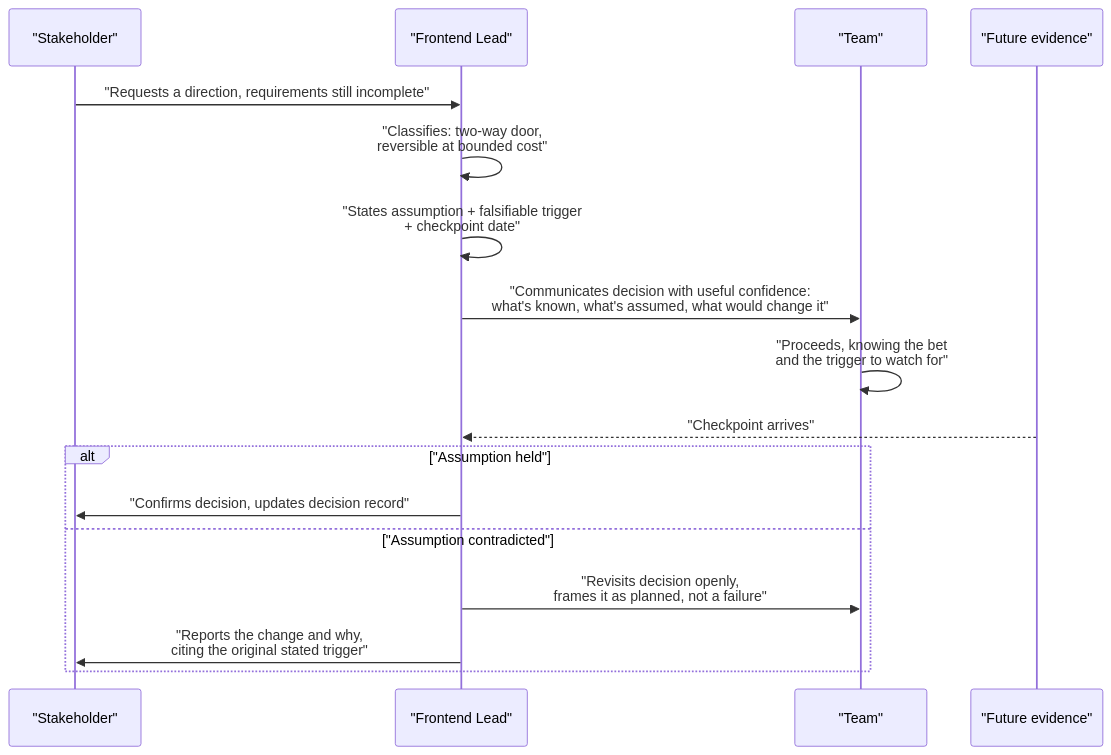
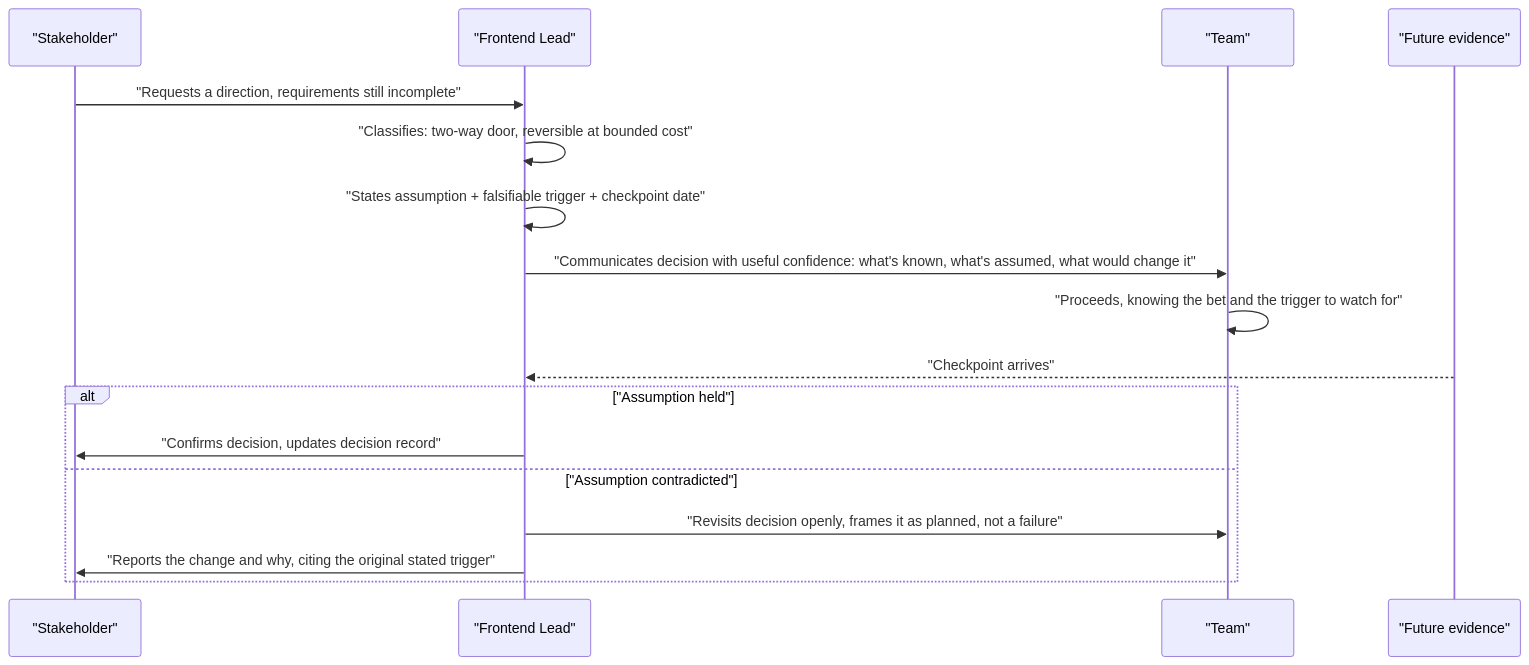
One commit to vinayakhumberi/litmus changed the second of 2 diagrams in data/topics/technical-decisions-incomplete-info.md. Above: the diagram before and after it, drawn with Mermaid. The commit also changed other lines of this file and 68 other files, not shown here.

````diff
--- a/data/topics/technical-decisions-incomplete-info.md
+++ b/data/topics/technical-decisions-incomplete-info.md
@@ -127,20 +127,20 @@
 ```mermaid
 sequenceDiagram
     participant Stake as "Stakeholder"
     participant Lead as "Frontend Lead"
     participant Team as "Team"
     participant Data as "Future evidence"
 
     Stake->>Lead: "Requests a direction, requirements still incomplete"
-    Lead->>Lead: "Classifies: two-way door,<br>reversible at bounded cost"
-    Lead->>Lead: "States assumption + falsifiable trigger<br>+ checkpoint date"
-    Lead->>Team: "Communicates decision with useful confidence:<br>what's known, what's assumed, what would change it"
-    Team->>Team: "Proceeds, knowing the bet<br>and the trigger to watch for"
+    Lead->>Lead: "Classifies: two-way door, reversible at bounded cost"
+    Lead->>Lead: "States assumption + falsifiable trigger + checkpoint date"
+    Lead->>Team: "Communicates decision with useful confidence: what's known, what's assumed, what would change it"
+    Team->>Team: "Proceeds, knowing the bet and the trigger to watch for"
     Data-->>Lead: "Checkpoint arrives"
     alt "Assumption held"
         Lead->>Stake: "Confirms decision, updates decision record"
     else "Assumption contradicted"
-        Lead->>Team: "Revisits decision openly,<br>frames it as planned, not a failure"
-        Lead->>Stake: "Reports the change and why,<br>citing the original stated trigger"
+        Lead->>Team: "Revisits decision openly, frames it as planned, not a failure"
+        Lead->>Stake: "Reports the change and why, citing the original stated trigger"
     end
 ```
````
